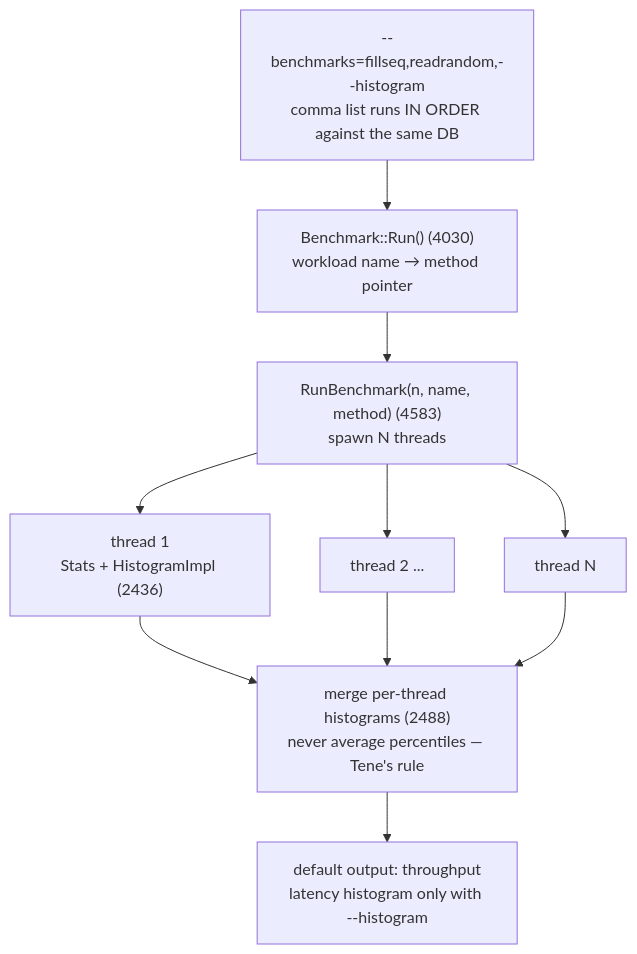
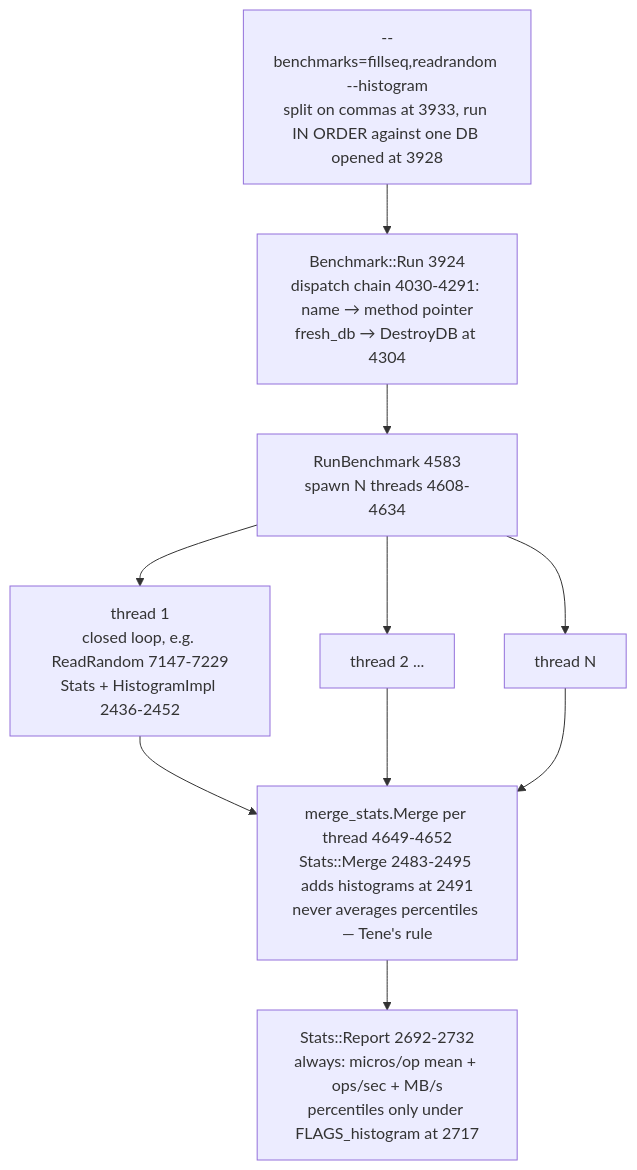
The diagram in topics/00-performance-toolbox/reading-rocksdb-db-bench.md (AviAvni/database-learning-path), drawn with Mermaid before and after one commit. The commit also changed other lines of this file and 4 other files, not shown here.

````diff
--- a/topics/00-performance-toolbox/reading-rocksdb-db-bench.md
+++ b/topics/00-performance-toolbox/reading-rocksdb-db-bench.md
@@ -167,13 +567,13 @@
 ```mermaid
 flowchart TD
-    F["--benchmarks=fillseq,readrandom,--histogram<br/>comma list runs IN ORDER against the same DB"]
-    F --> RUN["Benchmark::Run() (4030)<br/>workload name → method pointer"]
-    RUN --> RB["RunBenchmark(n, name, method) (4583)<br/>spawn N threads"]
-    RB --> T1["thread 1<br/>Stats + HistogramImpl (2436)"]
+    F["--benchmarks=fillseq,readrandom --histogram<br/>split on commas at 3933, run IN ORDER against one DB opened at 3928"]
+    F --> RUN["Benchmark::Run 3924<br/>dispatch chain 4030-4291: name → method pointer<br/>fresh_db → DestroyDB at 4304"]
+    RUN --> RB["RunBenchmark 4583<br/>spawn N threads 4608-4634"]
+    RB --> T1["thread 1<br/>closed loop, e.g. ReadRandom 7147-7229<br/>Stats + HistogramImpl 2436-2452"]
     RB --> T2["thread 2 ..."]
     RB --> TN["thread N"]
-    T1 --> M["merge per-thread histograms (2488)<br/>never average percentiles — Tene's rule"]
+    T1 --> M["merge_stats.Merge per thread 4649-4652<br/>Stats::Merge 2483-2495 adds histograms at 2491<br/>never averages percentiles — Tene's rule"]
     T2 --> M
     TN --> M
-    M --> OUT["default output: throughput<br/>latency histogram only with --histogram"]
+    M --> OUT["Stats::Report 2692-2732<br/>always: micros/op mean + ops/sec + MB/s<br/>percentiles only under FLAGS_histogram at 2717"]
 ```
````
